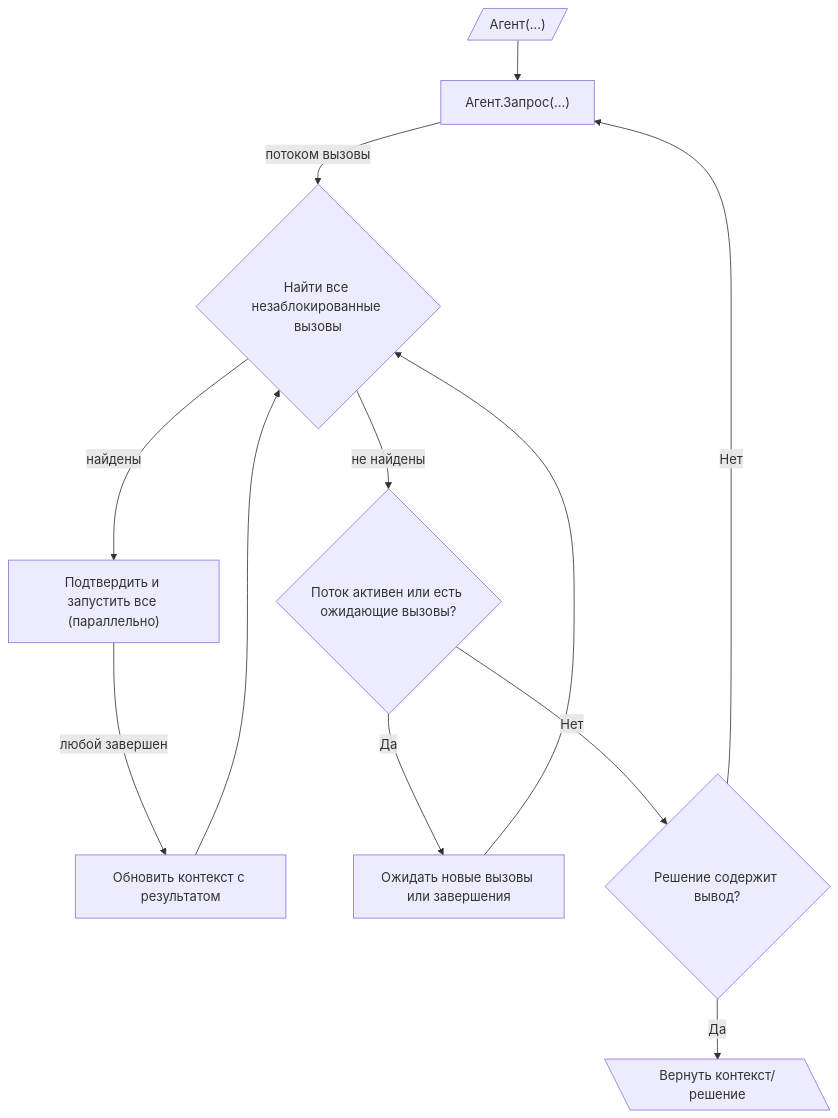
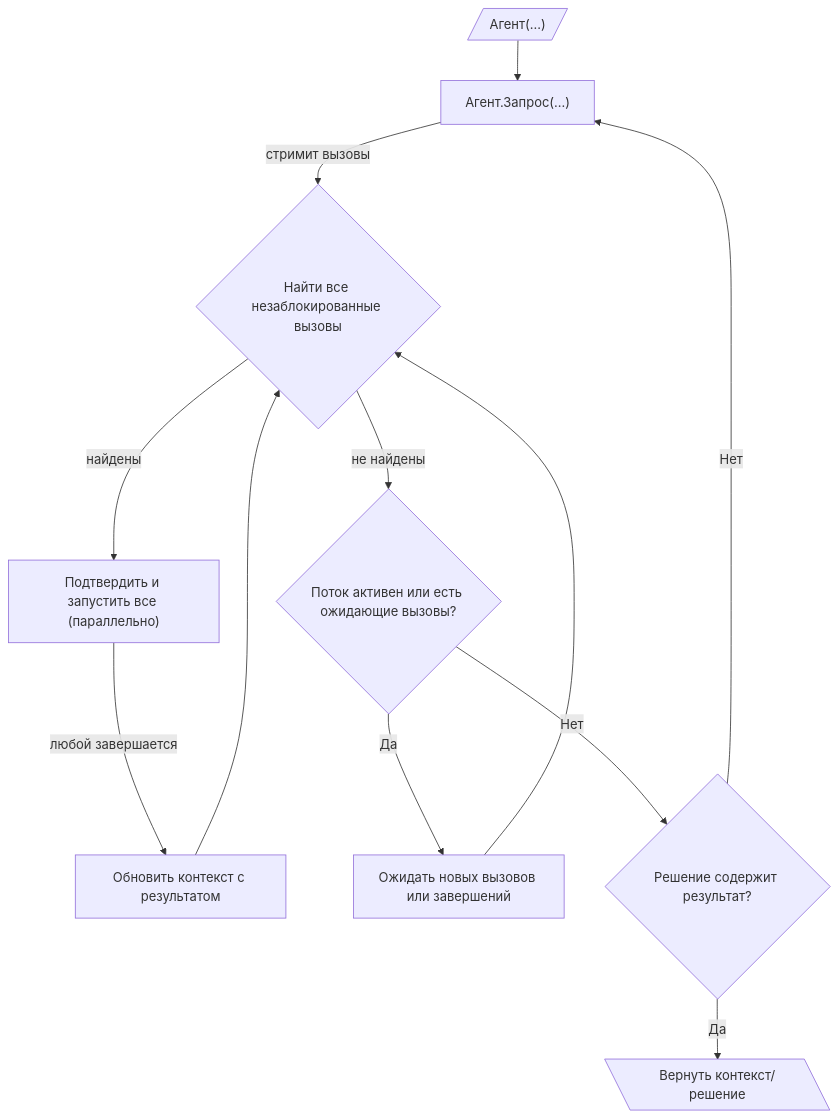
Before and after one commit to idealic-ai/docs: the diagram in translations/ru/acts/010_agent_loop.md, drawn with Mermaid. The commit also changed other lines of this file and 3 other files, not shown here.

````diff
--- a/translations/ru/acts/010_agent_loop.md
+++ b/translations/ru/acts/010_agent_loop.md
@@ -39,17 +39,17 @@
 ```mermaid
 graph TD
     Start[/"Агент(...)"/] --> Request["Агент.Запрос(...)"];
-    Request -- потоком вызовы --> FindUnblocked{"Найти все незаблокированные вызовы"};
+    Request -- стримит вызовы --> FindUnblocked{"Найти все незаблокированные вызовы"};
 
     FindUnblocked -- "найдены" --> ConfirmAndLaunch["Подтвердить и запустить все (параллельно)"];
-    ConfirmAndLaunch -- "любой завершен" --> UpdateContext["Обновить контекст с результатом"];
+    ConfirmAndLaunch -- "любой завершается" --> UpdateContext["Обновить контекст с результатом"];
     UpdateContext --> FindUnblocked;
 
     FindUnblocked -- "не найдены" --> CheckStreamAndPending{"Поток активен или есть ожидающие вызовы?"};
-    CheckStreamAndPending -- Да --> Wait["Ожидать новые вызовы или завершения"];
+    CheckStreamAndPending -- Да --> Wait["Ожидать новых вызовов или завершений"];
     Wait --> FindUnblocked;
 
-    CheckStreamAndPending -- Нет --> CheckTermination{"Решение содержит вывод?"};
+    CheckStreamAndPending -- Нет --> CheckTermination{"Решение содержит результат?"};
     CheckTermination -- Нет --> Request;
     CheckTermination -- Да --> End[\"Вернуть контекст/решение"\];
 ```
````
